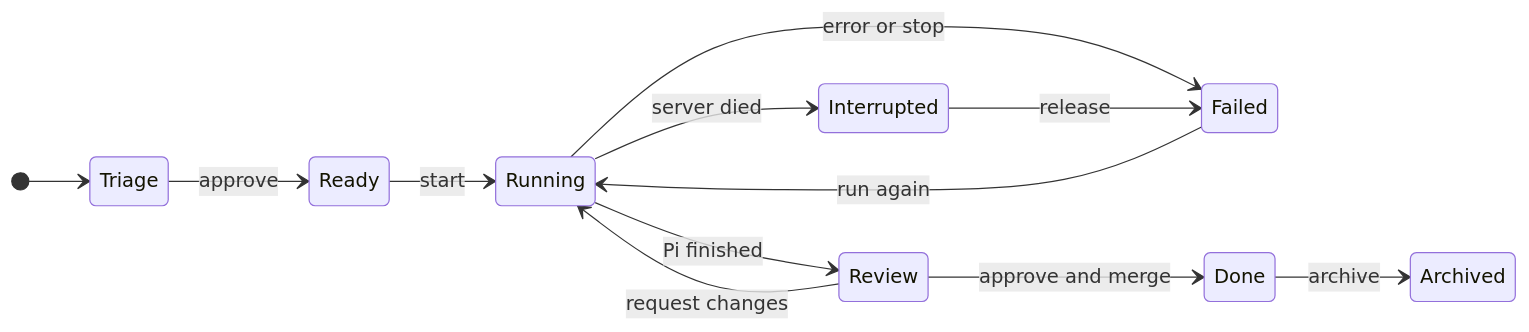
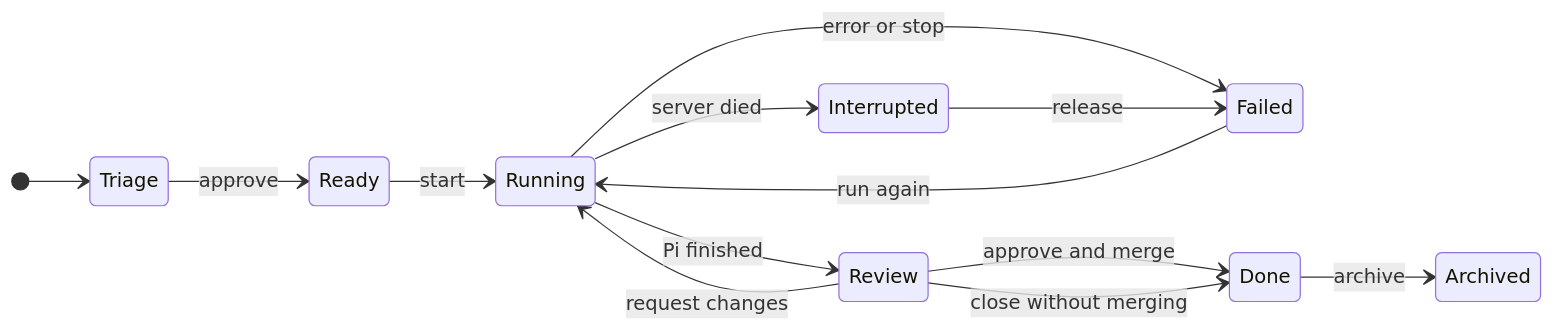
Before and after one commit to aglowinthefield/bakery: the second of 5 diagrams in README.md, drawn with Mermaid. The commit also changed other lines of this file and 5 other files, not shown here.

Commit message:
Add Close without merging for Review cards

````diff
--- a/README.md
+++ b/README.md
@@ -80,15 +80,16 @@
 ```mermaid
 stateDiagram-v2
   direction LR
   [*] --> Triage
   Triage --> Ready: approve
   Ready --> Running: start
   Running --> Review: Pi finished
   Running --> Failed: error or stop
   Running --> Interrupted: server died
   Interrupted --> Failed: release
   Failed --> Running: run again
   Review --> Running: request changes
   Review --> Done: approve and merge
+  Review --> Done: close without merging
   Done --> Archived: archive
 ```
````
